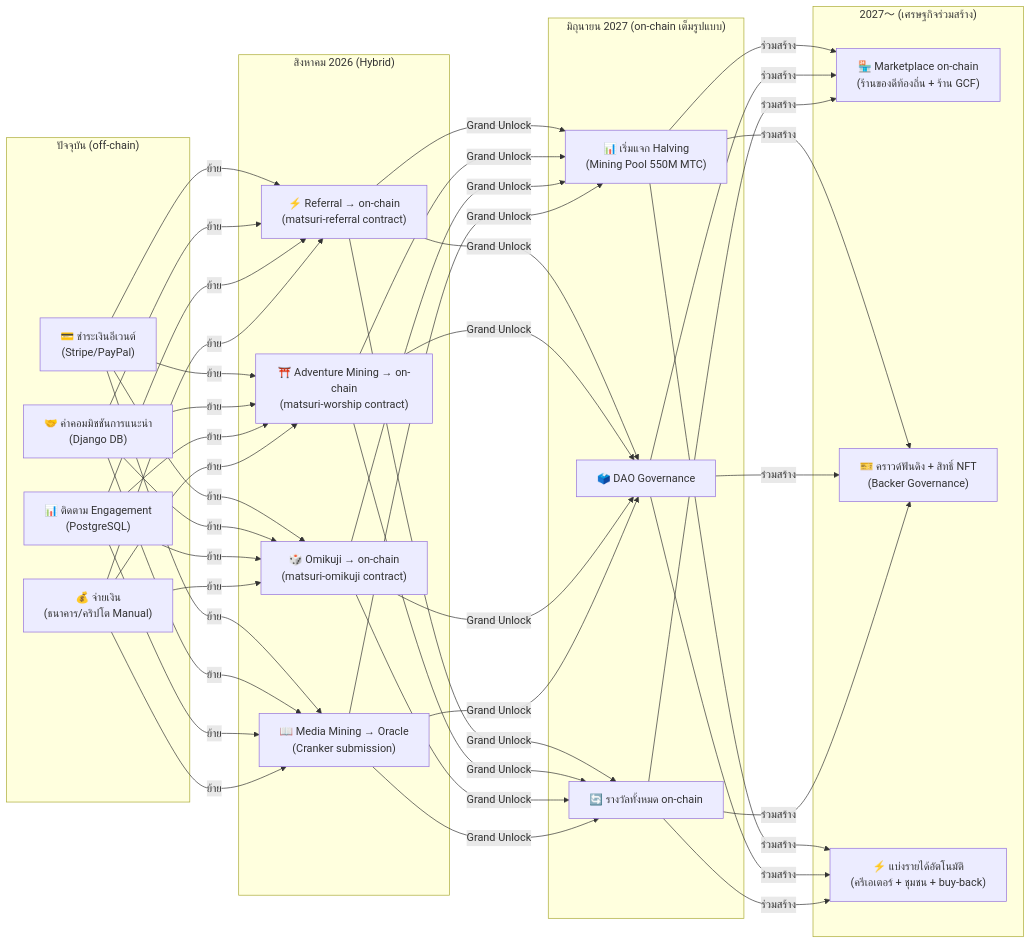
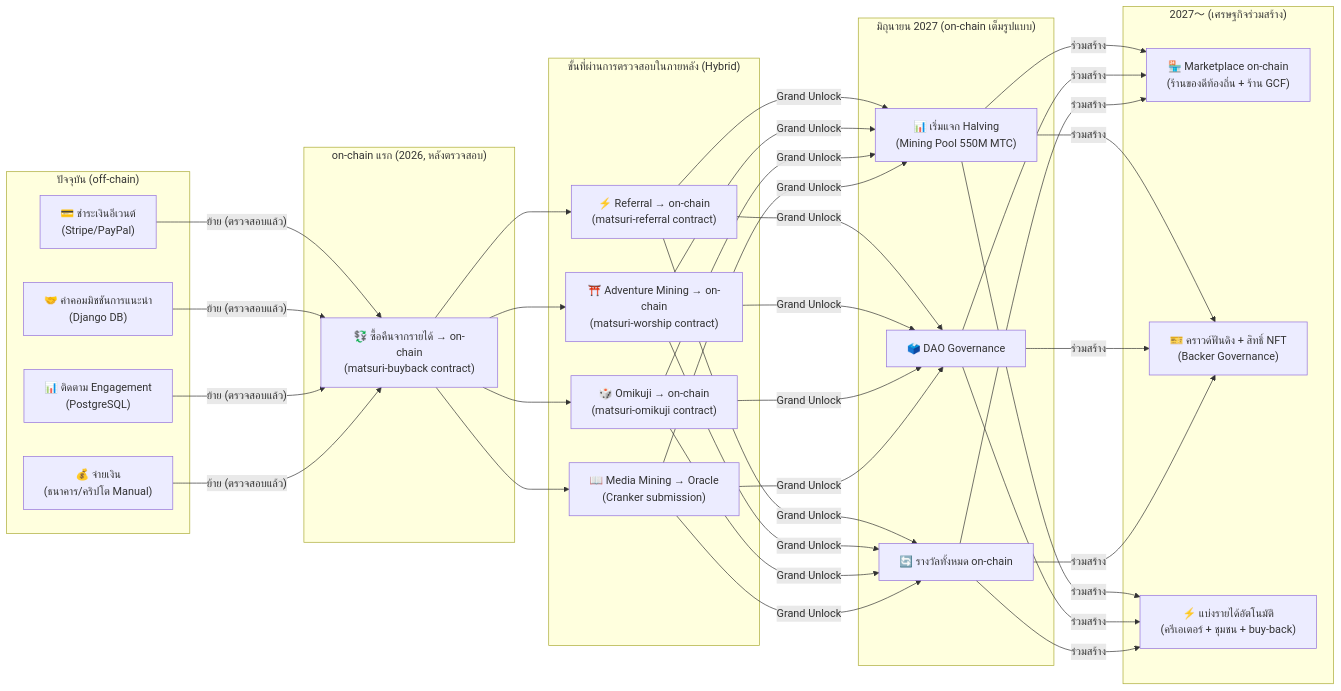
One commit to Cootakahashi/matsuri-dao-whitepaper changed the fourth of 4 diagrams in i18n/th/docusaurus-plugin-content-docs/current/04-mining.md. Above: the diagram before and after it, drawn with Mermaid. The commit also changed other lines of this file and 79 other files, not shown here.

First line of the commit message:
docs: re-sequence on-chain roadmap to match the staged Hashlock audit (20 locales)

````diff
--- a/i18n/th/docusaurus-plugin-content-docs/current/04-mining.md
+++ b/i18n/th/docusaurus-plugin-content-docs/current/04-mining.md
@@ -334,28 +344,32 @@
 ```mermaid
 graph LR
     subgraph "ปัจจุบัน (off-chain)"
         O1["💳 ชำระเงินอีเวนต์\n(Stripe/PayPal)"]
         O2["🤝 ค่าคอมมิชชันการแนะนำ\n(Django DB)"]
         O3["📊 ติดตาม Engagement\n(PostgreSQL)"]
         O4["💰 จ่ายเงิน\n(ธนาคาร/คริปโต Manual)"]
     end
-    subgraph "สิงหาคม 2026 (Hybrid)"
+    subgraph "on-chain แรก (2026, หลังตรวจสอบ)"
+        H0["💱 ซื้อคืนจากรายได้ → on-chain\n(matsuri-buyback contract)"]
+    end
+    subgraph "ขั้นที่ผ่านการตรวจสอบในภายหลัง (Hybrid)"
         H1["⚡ Referral → on-chain\n(matsuri-referral contract)"]
         H2["⛩️ Adventure Mining → on-chain\n(matsuri-worship contract)"]
         H3["🎲 Omikuji → on-chain\n(matsuri-omikuji contract)"]
         H4["📖 Media Mining → Oracle\n(Cranker submission)"]
     end
     subgraph "มิถุนายน 2027 (on-chain เต็มรูปแบบ)"
         F1["📊 เริ่มแจก Halving\n(Mining Pool 550M MTC)"]
         F2["🗳️ DAO Governance"]
         F3["🔄 รางวัลทั้งหมด on-chain"]
     end
     subgraph "2027〜 (เศรษฐกิจร่วมสร้าง)"
         G1["🏪 Marketplace on-chain\n(ร้านของดีท้องถิ่น + ร้าน GCF)"]
         G2["🎫 คราวด์ฟันดิง + สิทธิ์ NFT\n(Backer Governance)"]
         G3["⚡ แบ่งรายได้อัตโนมัติ\n(ครีเอเตอร์ + ชุมชน + buy-back)"]
     end
-    O1 & O2 & O3 & O4 -->|"ย้าย"| H1 & H2 & H3 & H4
+    O1 & O2 & O3 & O4 -->|"ย้าย (ตรวจสอบแล้ว)"| H0
+    H0 --> H1 & H2 & H3 & H4
     H1 & H2 & H3 & H4 -->|"Grand Unlock"| F1 & F2 & F3
     F1 & F2 & F3 -->|"ร่วมสร้าง"| G1 & G2 & G3
 ```
````
